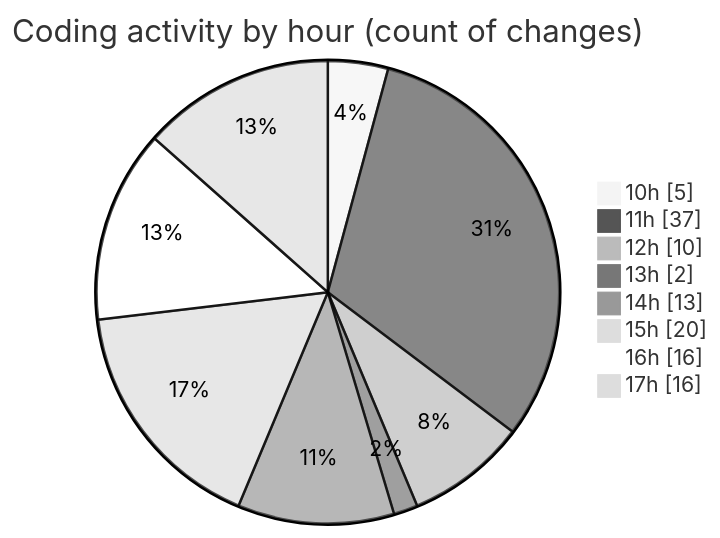
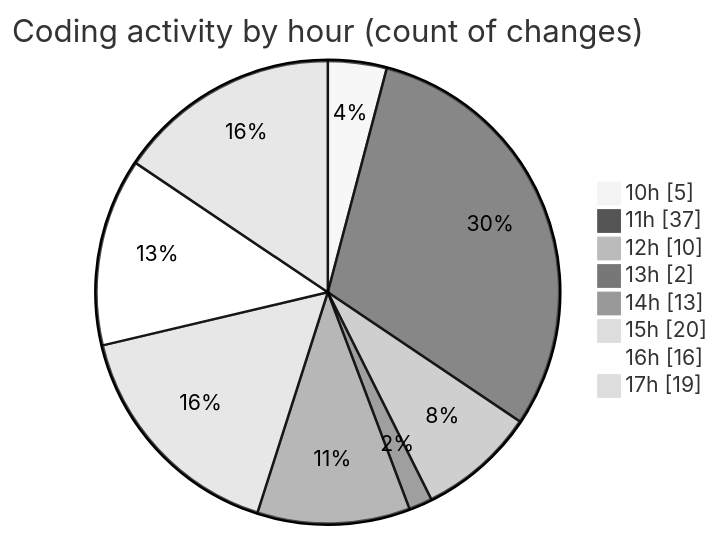
Before and after one commit to momahboobian/code-tracking: the second of 2 diagrams in 2025-07-07/cda/README.md, drawn with Mermaid (neutral theme). The commit also changed other lines of this file and 1 other file, not shown here.

````diff
--- a/2025-07-07/cda/README.md
+++ b/2025-07-07/cda/README.md
@@ -48,12 +50,12 @@
 ```mermaid
 pie showData
 title Coding activity by hour (count of changes)
 "10h" : 5
 "11h" : 37
 "12h" : 10
 "13h" : 2
 "14h" : 13
 "15h" : 20
 "16h" : 16
-"17h" : 16
+"17h" : 19
 ```
````
